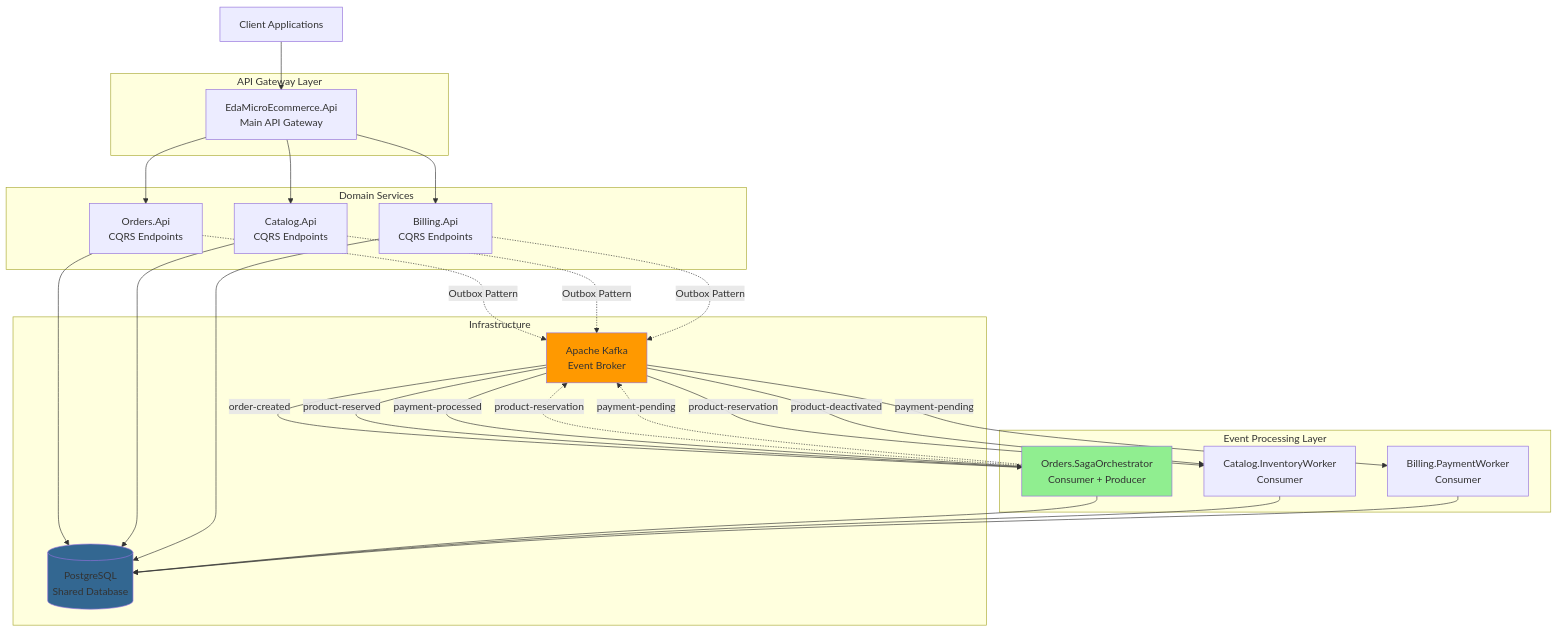
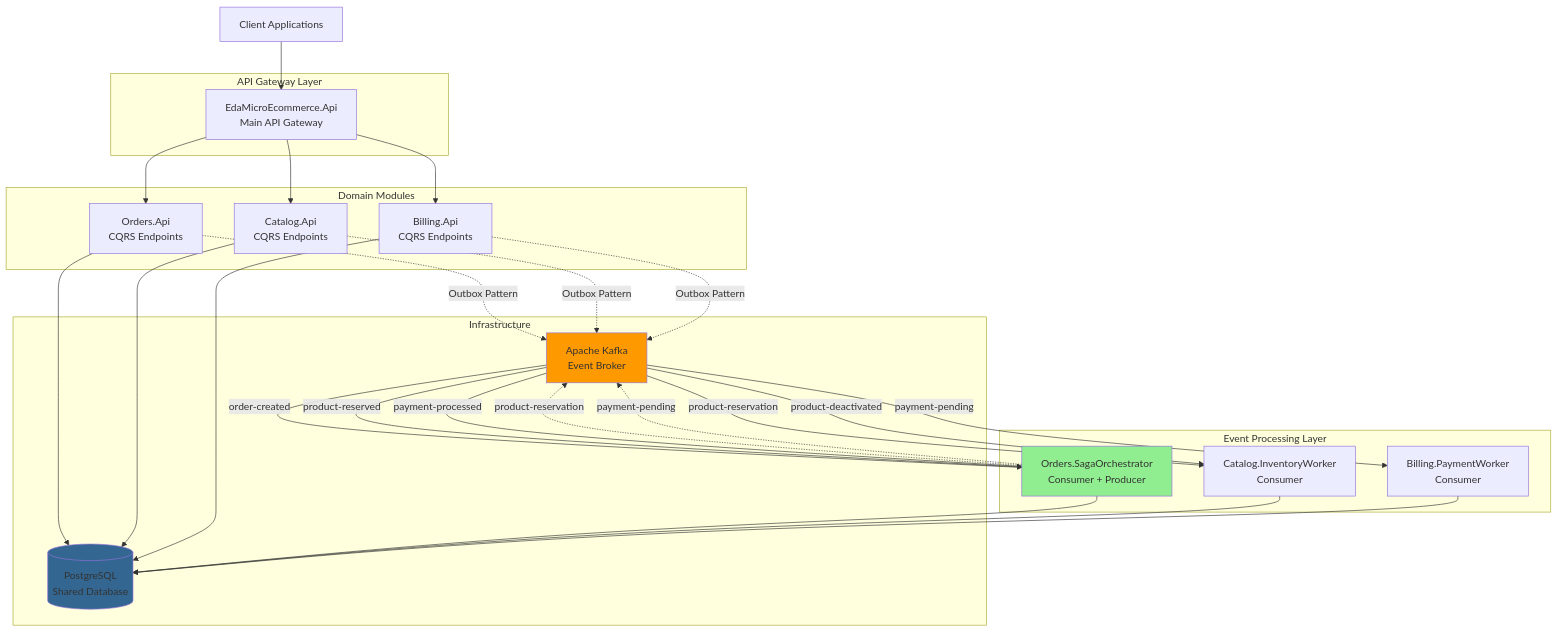
Before and after one commit to LeoGCRocha/eda-mini-ecommerce: the first of 2 diagrams in README.md, drawn with Mermaid. The commit also changed other lines of this file and 3 other files, not shown here.

Commit message:
Update documentation to reflect modular monolith architecture

````diff
--- a/README.md
+++ b/README.md
@@ -96,57 +97,57 @@
 ```mermaid
 graph TB
     Client[Client Applications]
     
     subgraph "API Gateway Layer"
         API[EdaMicroEcommerce.Api<br/>Main API Gateway]
     end
     
-    subgraph "Domain Services"
+    subgraph "Domain Modules"
         OrdersAPI[Orders.Api<br/>CQRS Endpoints]
         CatalogAPI[Catalog.Api<br/>CQRS Endpoints]
         BillingAPI[Billing.Api<br/>CQRS Endpoints]
     end
     
     subgraph "Event Processing Layer"
         SagaOrch[Orders.SagaOrchestrator<br/>Consumer + Producer]
         InvWorker[Catalog.InventoryWorker<br/>Consumer]
         PayWorker[Billing.PaymentWorker<br/>Consumer]
     end
     
     subgraph "Infrastructure"
         Kafka[Apache Kafka<br/>Event Broker]
         DB[(PostgreSQL<br/>Shared Database)]
     end
     
     Client --> API
     API --> OrdersAPI
     API --> CatalogAPI
     API --> BillingAPI
     
     OrdersAPI -.->|Outbox Pattern| Kafka
     CatalogAPI -.->|Outbox Pattern| Kafka
     BillingAPI -.->|Outbox Pattern| Kafka
     
     Kafka -->|order-created| SagaOrch
     Kafka -->|product-reserved| SagaOrch
     Kafka -->|payment-processed| SagaOrch
     
     SagaOrch -.->|product-reservation| Kafka
     SagaOrch -.->|payment-pending| Kafka
     
     Kafka -->|product-reservation| InvWorker
     Kafka -->|product-deactivated| InvWorker
     
     Kafka -->|payment-pending| PayWorker
     
     OrdersAPI --> DB
     CatalogAPI --> DB
     BillingAPI --> DB
     SagaOrch --> DB
     InvWorker --> DB
     PayWorker --> DB
     
     style Kafka fill:#ff9900
     style DB fill:#336791
     style SagaOrch fill:#90EE90
 ```
````
